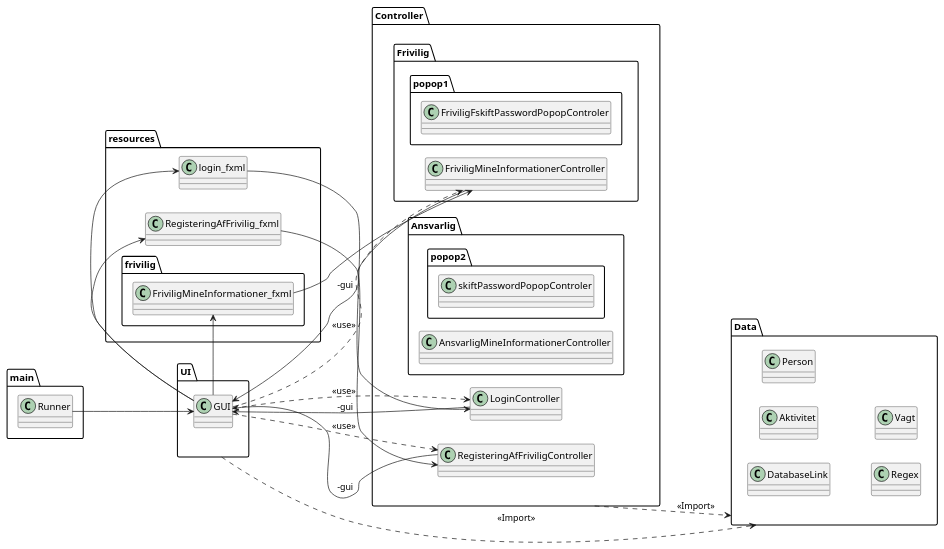
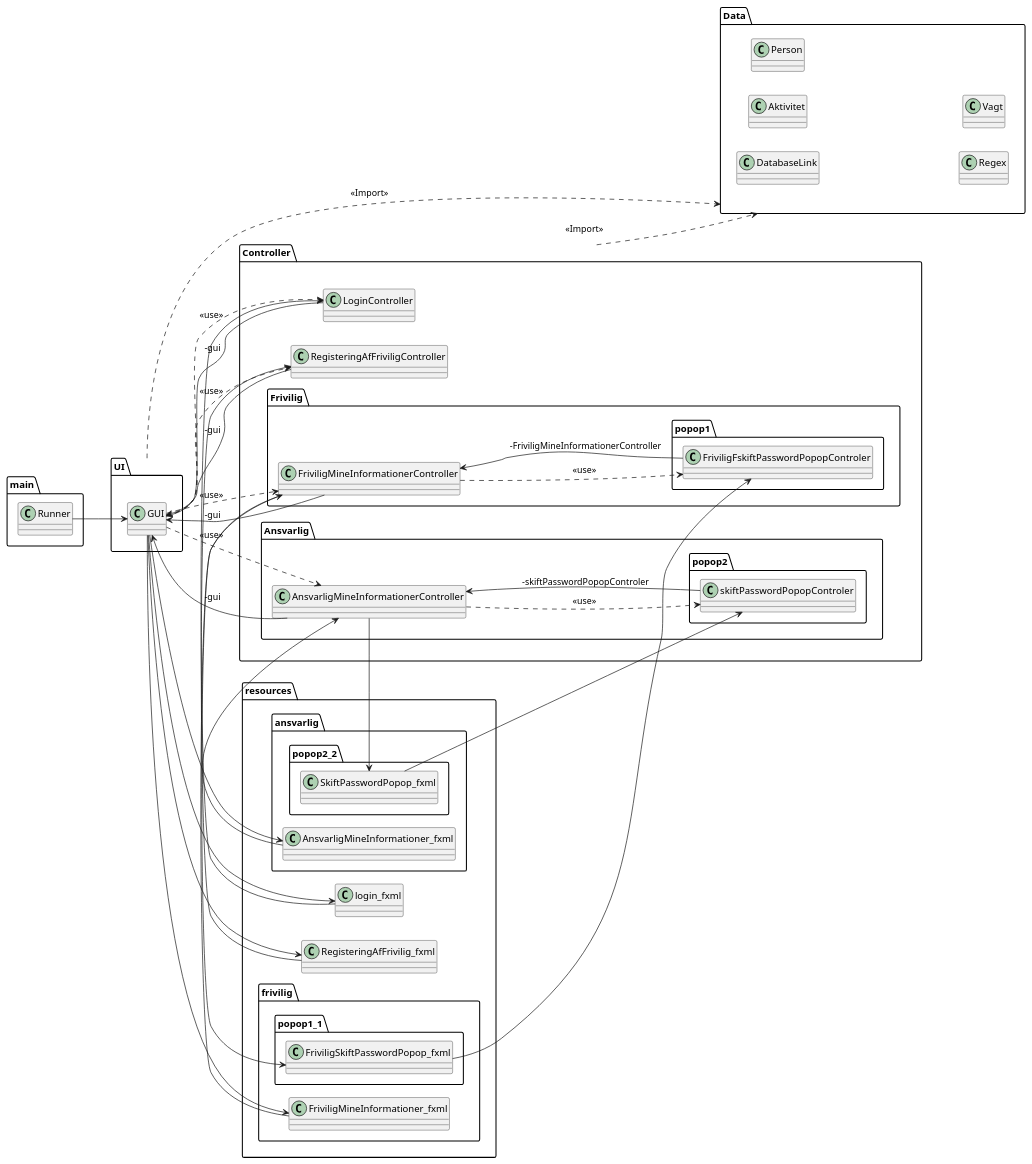
One commit to juliusstr/RoskildeProjektFrivillige62514 changed the diagram in src/grafik/package.puml. Above: the diagram before and after it, drawn with PlantUML.

Commit message:
package diagram done?

```diff
--- a/src/grafik/package.puml
+++ b/src/grafik/package.puml
@@ -1,66 +1,91 @@
 @startuml
 skinparam classAttributeIconSize 0
 left to right direction
 
 package resources{
     class login_fxml
     class RegisteringAfFrivilig_fxml
     package frivilig{
         class FriviligMineInformationer_fxml
+        package popop1_1 {
+            class FriviligSkiftPasswordPopop_fxml
+        }
+    }
+    package ansvarlig {
+        class AnsvarligMineInformationer_fxml
+        package popop2_2{
+            class SkiftPasswordPopop_fxml
+        }
     }
 }
 
 package Controller {
     class LoginController
     class RegisteringAfFriviligController
     package Frivilig{
         class FriviligMineInformationerController
         package popop1{
             class FriviligFskiftPasswordPopopControler
         }
     }
     package Ansvarlig{
         class AnsvarligMineInformationerController
         package popop2{
             class skiftPasswordPopopControler
         }
     }
 }
 
 package main{
     class Runner
 }
 
 package UI {
     class GUI
 }
 
 package Data {
     class DatabaseLink
     class Aktivitet
     class Person
     class Regex
     class Vagt
 }
 
 Runner --> GUI
 
 UI ..> Data : <<Import>>
 Controller ..> Data : <<Import>>
 
 GUI --> login_fxml
 login_fxml --> LoginController
 LoginController --> GUI : " -gui"
 GUI ..> LoginController : "<<use>>"
 
 GUI --> RegisteringAfFrivilig_fxml
 RegisteringAfFrivilig_fxml --> RegisteringAfFriviligController
 RegisteringAfFriviligController --> GUI : " -gui"
 GUI ..> RegisteringAfFriviligController : "<<use>>"
 
 GUI --> FriviligMineInformationer_fxml
 FriviligMineInformationer_fxml --> FriviligMineInformationerController
 FriviligMineInformationerController --> GUI : " -gui"
 GUI ..> FriviligMineInformationerController : "<<use>>"
 
+FriviligMineInformationerController --> FriviligSkiftPasswordPopop_fxml
+FriviligSkiftPasswordPopop_fxml --> FriviligFskiftPasswordPopopControler
+FriviligFskiftPasswordPopopControler --> FriviligMineInformationerController : " -FriviligMineInformationerController"
+FriviligMineInformationerController ..> FriviligFskiftPasswordPopopControler : "<<use>>"
+
+GUI --> AnsvarligMineInformationer_fxml
+AnsvarligMineInformationer_fxml --> AnsvarligMineInformationerController
+AnsvarligMineInformationerController --> GUI : " -gui"
+GUI ..> AnsvarligMineInformationerController : "<<use>>"
+
+AnsvarligMineInformationerController --> SkiftPasswordPopop_fxml
+SkiftPasswordPopop_fxml --> skiftPasswordPopopControler
+skiftPasswordPopopControler --> AnsvarligMineInformationerController : " -skiftPasswordPopopControler"
+AnsvarligMineInformationerController ..> skiftPasswordPopopControler : "<<use>>"
+
+
 @enduml
```
